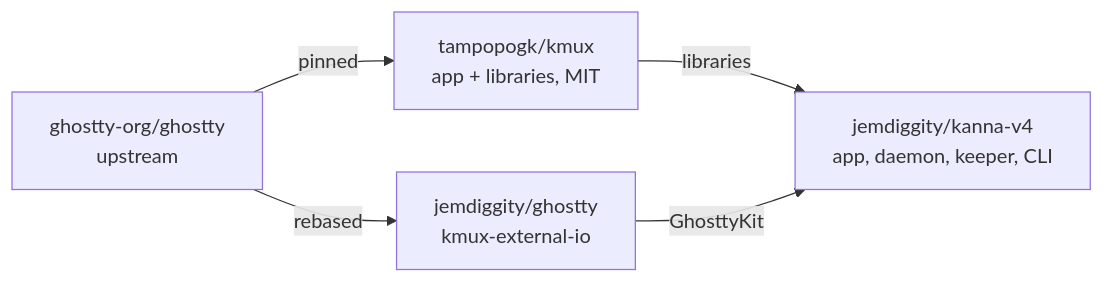
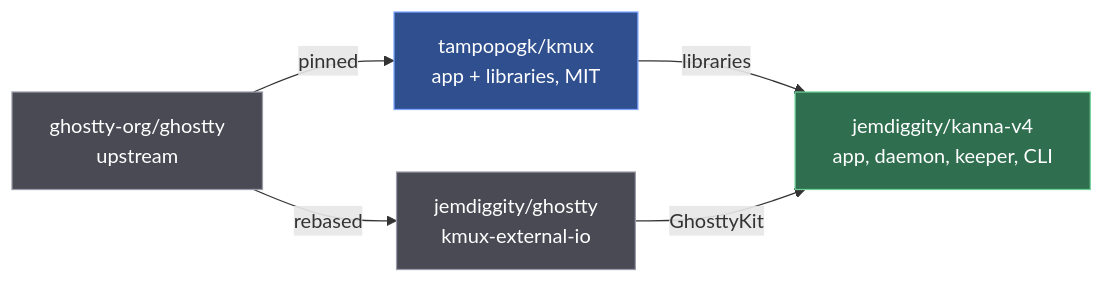
One commit to jemdiggity/kanna-v4 changed the fifth of 9 diagrams in docs/research/mux-architecture.md. Above: the diagram before and after it, drawn with Mermaid. The commit also changed other lines of this file, not shown here.

Commit message:
Mux architecture: beautify the diagrams (colours by owner, processes as boxes, layers as bars)

````diff
--- a/docs/research/mux-architecture.md
+++ b/docs/research/mux-architecture.md
@@ -196,7 +207,15 @@
 ```mermaid
 flowchart LR
     GU["ghostty-org/ghostty<br/>upstream"] -->|"pinned"| KMUX["tampopogk/kmux<br/>app + libraries, MIT"]
     GU -->|"rebased"| GF["jemdiggity/ghostty<br/>kmux-external-io"]
     KMUX -->|"libraries"| KV["jemdiggity/kanna-v4<br/>app, daemon, keeper, CLI"]
     GF -->|"GhosttyKit"| KV
+    classDef kanna fill:#2f6f4f,stroke:#6fcf97,color:#ffffff
+    classDef kmux fill:#2f4f8f,stroke:#7fa7ff,color:#ffffff
+    classDef kmuxapp fill:#4f3f7f,stroke:#b39cff,color:#ffffff
+    classDef os fill:#4a4a55,stroke:#9a9aa8,color:#ffffff
+    classDef ext fill:#6b4f2f,stroke:#e0a960,color:#ffffff
+    class GU,GF os
+    class KMUX kmux
+    class KV kanna
 ```
````
